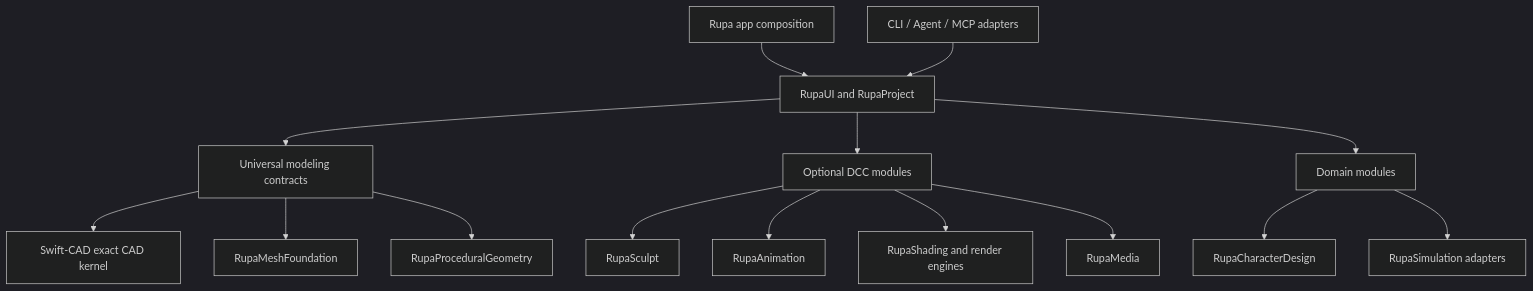
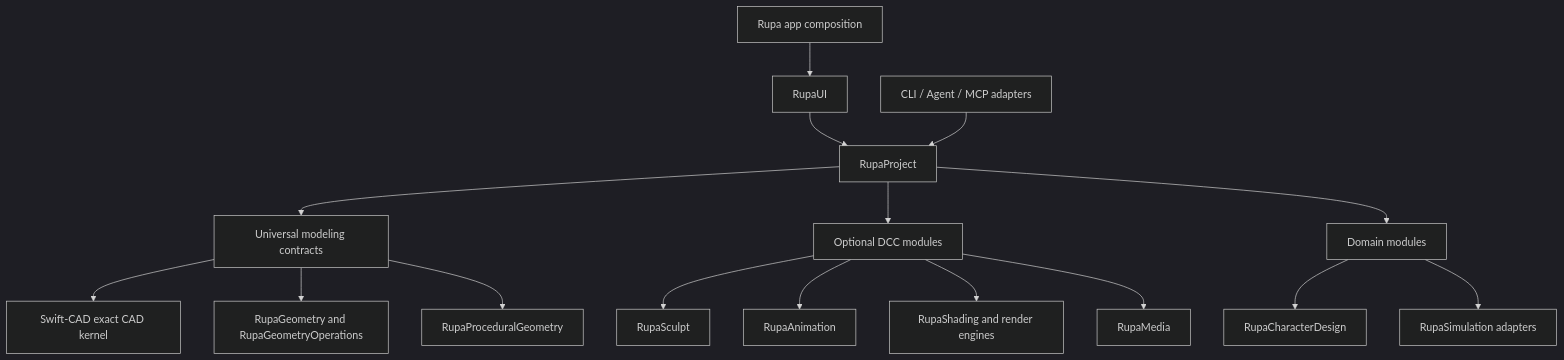
Before and after one commit to 1amageek/Rupa: the diagram in Rupa/BLENDER_RUPA_CAPABILITY_GAP.md, drawn with Mermaid (dark theme). The commit also changed other lines of this file and 11 other files, not shown here.

Commit message:
Design universal 3D architecture

````diff
--- a/Rupa/BLENDER_RUPA_CAPABILITY_GAP.md
+++ b/Rupa/BLENDER_RUPA_CAPABILITY_GAP.md
@@ -331,17 +338,18 @@
 ```mermaid
 flowchart TD
-    App["Rupa app composition"] --> UI["RupaUI and RupaProject"]
-    UI --> Universal["Universal modeling contracts"]
+    App["Rupa app composition"] --> UI["RupaUI"]
+    UI --> Project["RupaProject"]
+    Project --> Universal["Universal modeling contracts"]
     Universal --> CAD["Swift-CAD exact CAD kernel"]
-    Universal --> Mesh["RupaMeshFoundation"]
+    Universal --> Mesh["RupaGeometry and RupaGeometryOperations"]
     Universal --> Procedural["RupaProceduralGeometry"]
-    UI --> DCC["Optional DCC modules"]
+    Project --> DCC["Optional DCC modules"]
     DCC --> Sculpt["RupaSculpt"]
     DCC --> Animation["RupaAnimation"]
     DCC --> Shading["RupaShading and render engines"]
     DCC --> Media["RupaMedia"]
-    UI --> Domains["Domain modules"]
+    Project --> Domains["Domain modules"]
     Domains --> Character["RupaCharacterDesign"]
     Domains --> Simulation["RupaSimulation adapters"]
-    Agent["CLI / Agent / MCP adapters"] --> UI
+    Agent["CLI / Agent / MCP adapters"] --> Project
 ```
````
